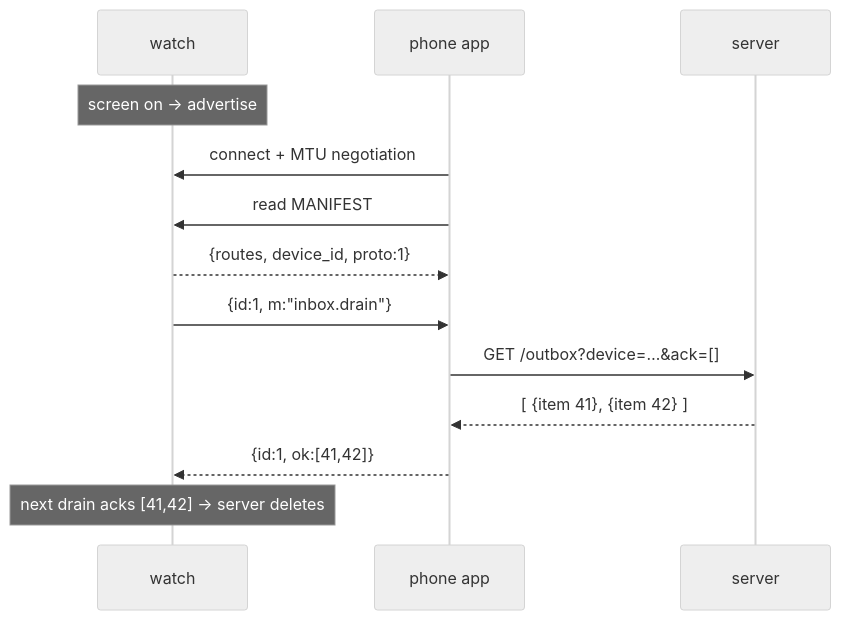
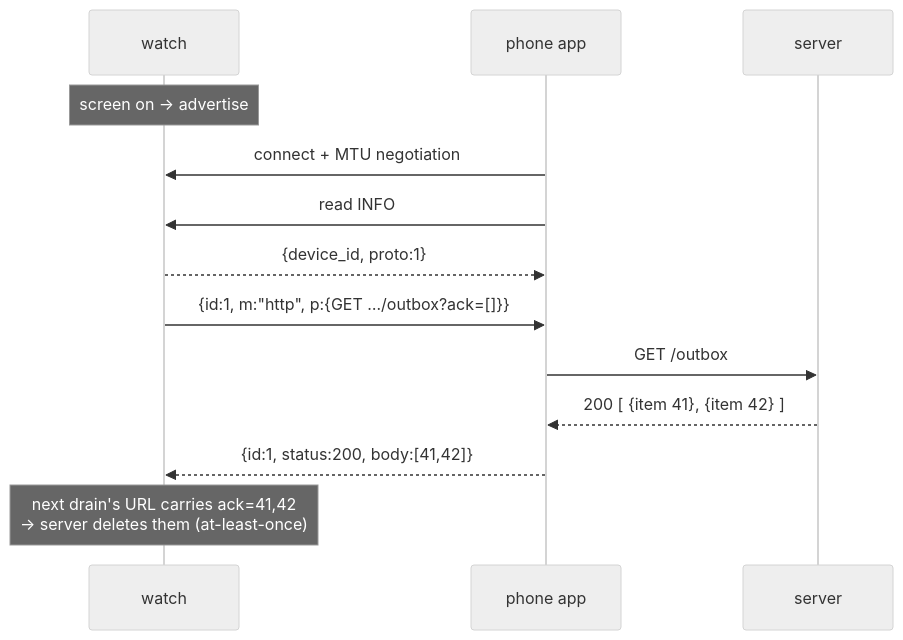
Before and after one commit to frolic/pocket-pet: the fourth of 9 diagrams in docs/ble-gateway-design.md, drawn with Mermaid (neutral theme). The commit also changed other lines of this file, not shown here.

First line of the commit message:
Leash v2: drop the manifest — phone is a dumb HTTPS proxy

````diff
--- a/docs/ble-gateway-design.md
+++ b/docs/ble-gateway-design.md
@@ -151,15 +180,15 @@
 ```mermaid
 sequenceDiagram
     participant W as watch
     participant P as phone app
     participant S as server
     Note over W: screen on → advertise
     P->>W: connect + MTU negotiation
-    P->>W: read MANIFEST
-    W-->>P: {routes, device_id, proto:1}
-    W->>P: {id:1, m:"inbox.drain"}
-    P->>S: GET /outbox?device=…&ack=[]
-    S-->>P: [ {item 41}, {item 42} ]
-    P-->>W: {id:1, ok:[41,42]}
-    Note over W: next drain acks [41,42] → server deletes
+    P->>W: read INFO
+    W-->>P: {device_id, proto:1}
+    W->>P: {id:1, m:"http", p:{GET …/outbox?ack=[]}}
+    P->>S: GET /outbox
+    S-->>P: 200 [ {item 41}, {item 42} ]
+    P-->>W: {id:1, status:200, body:[41,42]}
+    Note over W: next drain's URL carries ack=41,42<br/>→ server deletes them (at-least-once)
 ```
````
